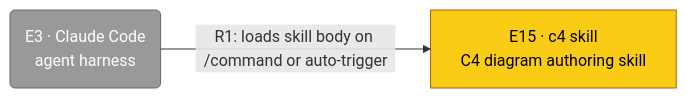
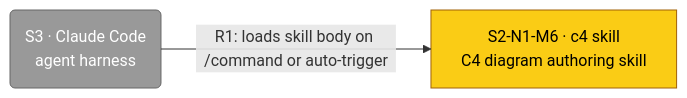
Before and after one commit to toejough/engram: the diagram in architecture/c4/svg/c4-c4-skill.mmd, drawn with Mermaid. The commit also changed 41 other files, not shown here.

```diff
--- a/architecture/c4/svg/c4-c4-skill.mmd
+++ b/architecture/c4/svg/c4-c4-skill.mmd
@@ -1,15 +1,15 @@
 %%{init: {'flowchart': {'defaultRenderer': 'elk'}}}%%
 flowchart LR
     classDef person      fill:#08427b,stroke:#052e56,color:#fff
     classDef external    fill:#999,   stroke:#666,   color:#fff
     classDef container   fill:#1168bd,stroke:#0b4884,color:#fff
     classDef component   fill:#85bbf0,stroke:#5d9bd1,color:#000
     classDef focus       fill:#facc15,stroke:#a16207,color:#000
 
-    e15["E15 · c4 skill<br/>C4 diagram authoring skill"]
-    e3("E3 · Claude Code<br/>agent harness")
+    s2-n1-m6["S2-N1-M6 · c4 skill<br/>C4 diagram authoring skill"]
+    s3("S3 · Claude Code<br/>agent harness")
 
-    e3 -->|"R1: loads skill body on /command or auto-trigger"| e15
+    s3 -->|"R1: loads skill body on /command or auto-trigger"| s2-n1-m6
 
-    class e3 external
-    class e15 focus
+    class s3 external
+    class s2-n1-m6 focus
```
